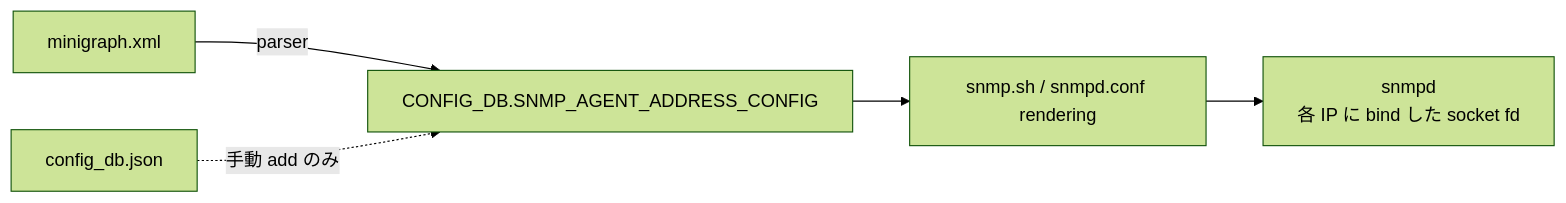
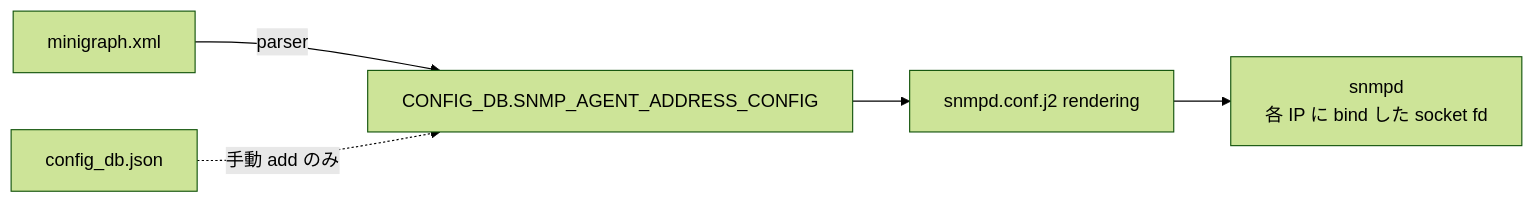
One commit to aoki-taquan/sonic-unofficial-docs changed the second of 2 diagrams in docs/system/sonic-snmp-changes-to-support-ipv6.md. Above: the diagram before and after it, drawn with Mermaid (forest theme). The commit also changed other lines of this file and 7 other files, not shown here.

````diff
--- a/docs/system/sonic-snmp-changes-to-support-ipv6.md
+++ b/docs/system/sonic-snmp-changes-to-support-ipv6.md
@@ -123,7 +81,7 @@
 ```mermaid
 flowchart LR
     MG[minigraph.xml] -->|parser| CFG[CONFIG_DB.SNMP_AGENT_ADDRESS_CONFIG]
     JSON[config_db.json] -.->|手動 add のみ| CFG
-    CFG --> CONFD[snmp.sh / snmpd.conf rendering]
+    CFG --> CONFD[snmpd.conf.j2 rendering]
     CONFD --> SD[snmpd<br/>各 IP に bind した socket fd]
 ```
````
